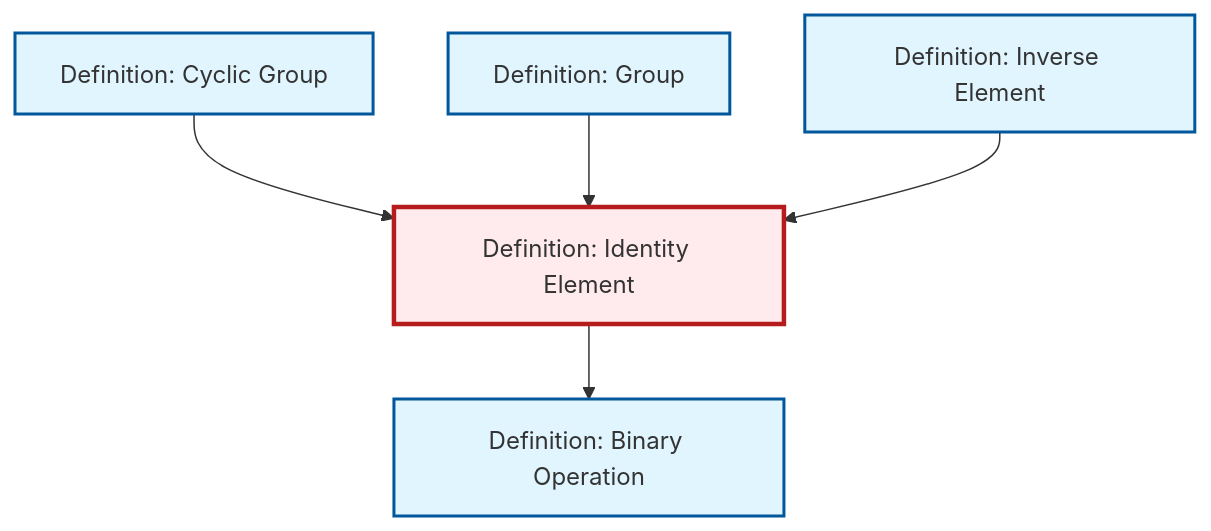
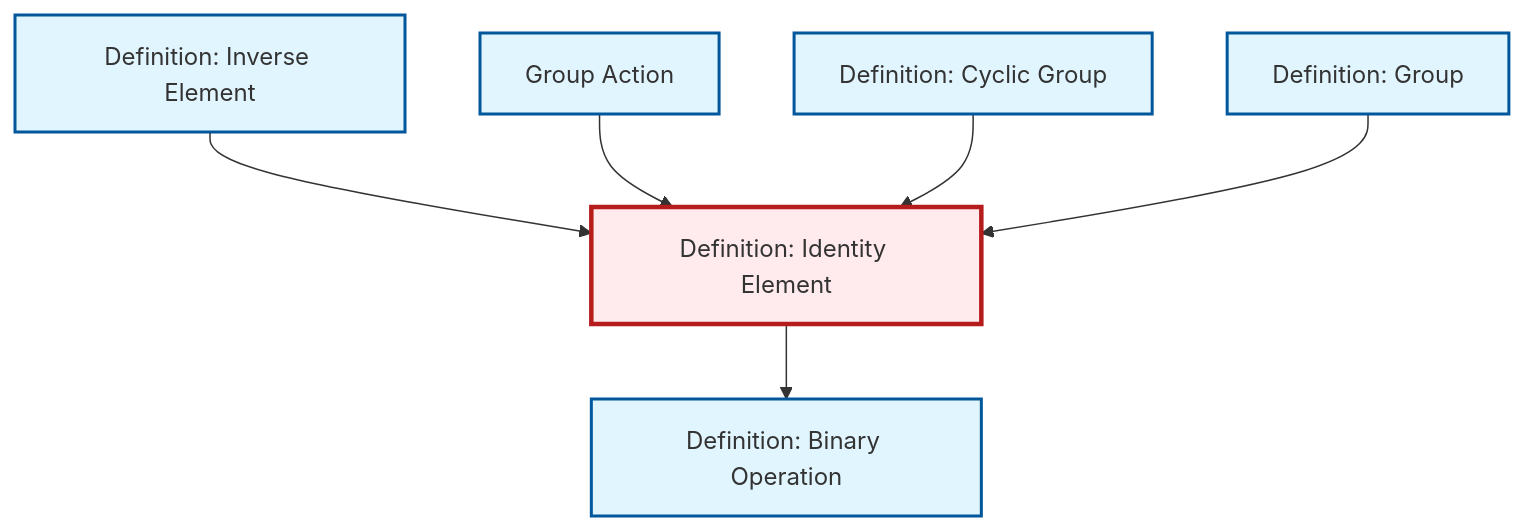
One commit to RK0429/ModernMath changed the diagram in content/en/algebra/def-identity-element.qmd. Above: the diagram before and after it, drawn with Mermaid. The commit also changed 474 other files, not shown here.

First line of the commit message:
Add group action content with comprehensive cross-references

````diff
--- a/content/en/algebra/def-identity-element.qmd
+++ b/content/en/algebra/def-identity-element.qmd
@@ -77,23 +77,26 @@
 ```{mermaid}
 %%| fig-cap: "Local dependency graph"
 graph TD
     classDef definition fill:#e1f5fe,stroke:#01579b,stroke-width:2px
     classDef theorem fill:#f3e5f5,stroke:#4a148c,stroke-width:2px
     classDef axiom fill:#fff3e0,stroke:#e65100,stroke-width:2px
     classDef example fill:#e8f5e9,stroke:#1b5e20,stroke-width:2px
     classDef current fill:#ffebee,stroke:#b71c1c,stroke-width:3px
     def-inverse-element["Definition: Inverse Element"]:::definition
+    def-cyclic-group["Definition: Cyclic Group"]:::definition
+    def-identity-element["Definition: Identity Element"]:::definition
+    def-group-action["Group Action"]:::definition
     def-group["Definition: Group"]:::definition
     def-binary-operation["Definition: Binary Operation"]:::definition
-    def-identity-element["Definition: Identity Element"]:::definition
-    def-cyclic-group["Definition: Cyclic Group"]:::definition
+    def-inverse-element --> def-identity-element
+    def-group-action --> def-identity-element
+    def-cyclic-group --> def-identity-element
     def-identity-element --> def-binary-operation
-    def-cyclic-group --> def-identity-element
     def-group --> def-identity-element
-    def-inverse-element --> def-identity-element
     class def-identity-element current
     click def-inverse-element "def-inverse-element.html" "Go to Inverse Element definition"
+    click def-cyclic-group "def-cyclic-group.html" "Go to Cyclic Group definition"
+    click def-group-action "def-group-action.html" "Go to Group Action"
     click def-group "def-group.html" "Go to Group definition"
     click def-binary-operation "def-binary-operation.html" "Go to Binary Operation definition"
-    click def-cyclic-group "def-cyclic-group.html" "Go to Cyclic Group definition"
 ```
````
